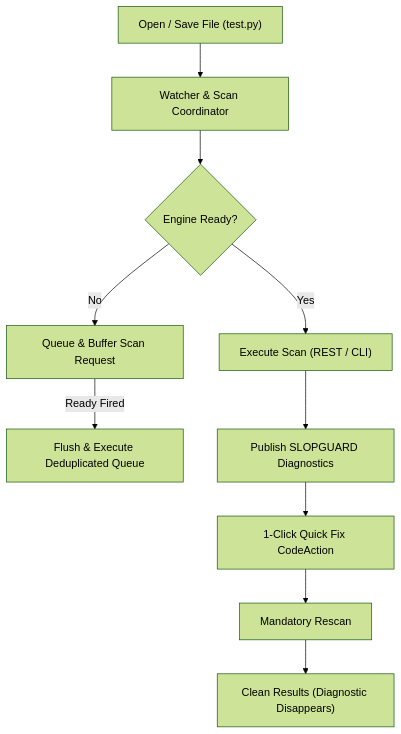
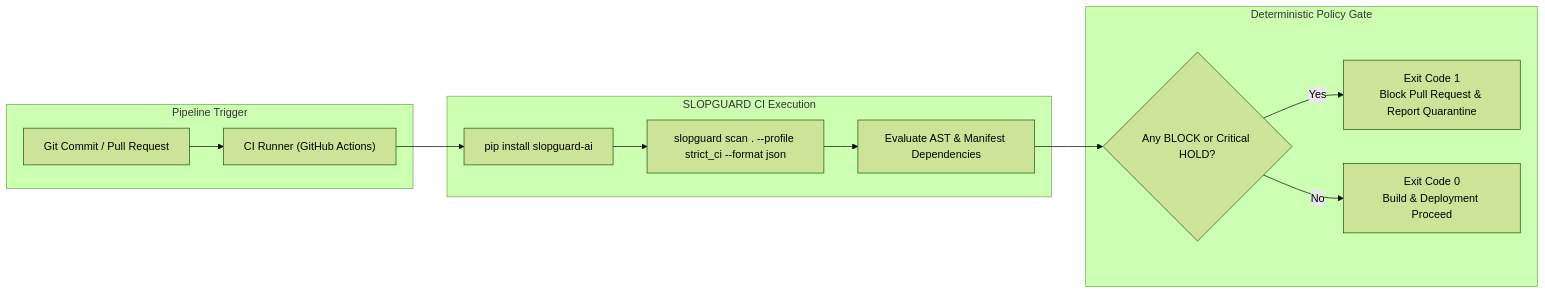
Before and after one commit to Vishaldubey2210/win_if_you_can: diagram 11 of 11 in README.md, drawn with Mermaid (forest theme). The commit also changed other lines of this file, not shown here.

Commit message:
docs(readme): add multi-interface operational architecture and workflow diagrams for GUI, MCP, VS Code, and CLI

````diff
--- a/README.md
+++ b/README.md
@@ -264,12 +489,18 @@
 ```mermaid
-flowchart TD
-    Open["Open / Save File (test.py)"] --> Watcher["Watcher & Scan Coordinator"]
-    Watcher --> Engine{"Engine Ready?"}
-    Engine -->|Yes| Scan["Execute Scan (REST / CLI)"]
-    Engine -->|No| Queue["Queue & Buffer Scan Request"]
-    Queue -->|Ready Fired| Flush["Flush & Execute Deduplicated Queue"]
-    Scan --> Diag["Publish SLOPGUARD Diagnostics"]
-    Diag --> QuickFix["1-Click Quick Fix CodeAction"]
-    QuickFix --> Rescan["Mandatory Rescan"]
-    Rescan --> Clean["Clean Results (Diagnostic Disappears)"]
+flowchart LR
+    subgraph Trigger ["Pipeline Trigger"]
+        Commit["Git Commit / Pull Request"] --> Runner["CI Runner (GitHub Actions)"]
+    end
+
+    subgraph CLIExecution ["SLOPGUARD CI Execution"]
+        Runner --> Step1["pip install slopguard-ai"]
+        Step1 --> Step2["slopguard scan . --profile strict_ci --format json"]
+        Step2 --> Pipeline["Evaluate AST & Manifest Dependencies"]
+    end
+
+    subgraph GatingDecision ["Deterministic Policy Gate"]
+        Pipeline --> Check{"Any BLOCK or Critical HOLD?"}
+        Check -->|Yes| Fail["Exit Code 1<br/>Block Pull Request & Report Quarantine"]
+        Check -->|No| Pass["Exit Code 0<br/>Build & Deployment Proceed"]
+    end
 ```
````
